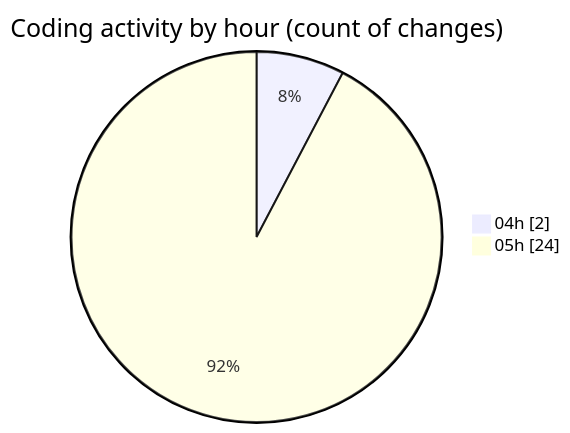
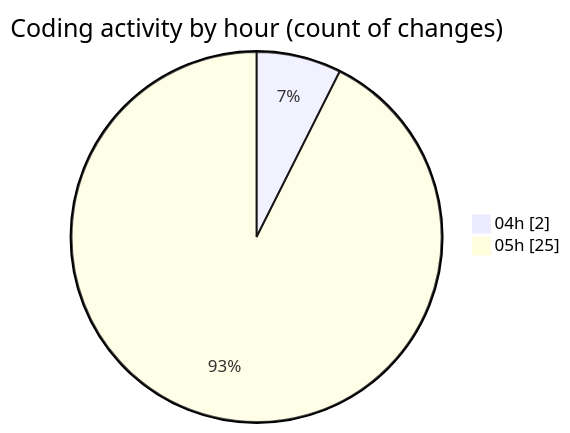
Before and after one commit to 3Nya3/code-tracking: the second of 2 diagrams in 2024-12-31/nyah/README.md, drawn with Mermaid. The commit also changed other lines of this file and 1 other file, not shown here.

````diff
--- a/2024-12-31/nyah/README.md
+++ b/2024-12-31/nyah/README.md
@@ -32,6 +32,6 @@
 ```mermaid
 pie showData
 title Coding activity by hour (count of changes)
 "04h" : 2
-"05h" : 24
+"05h" : 25
 ```
````
